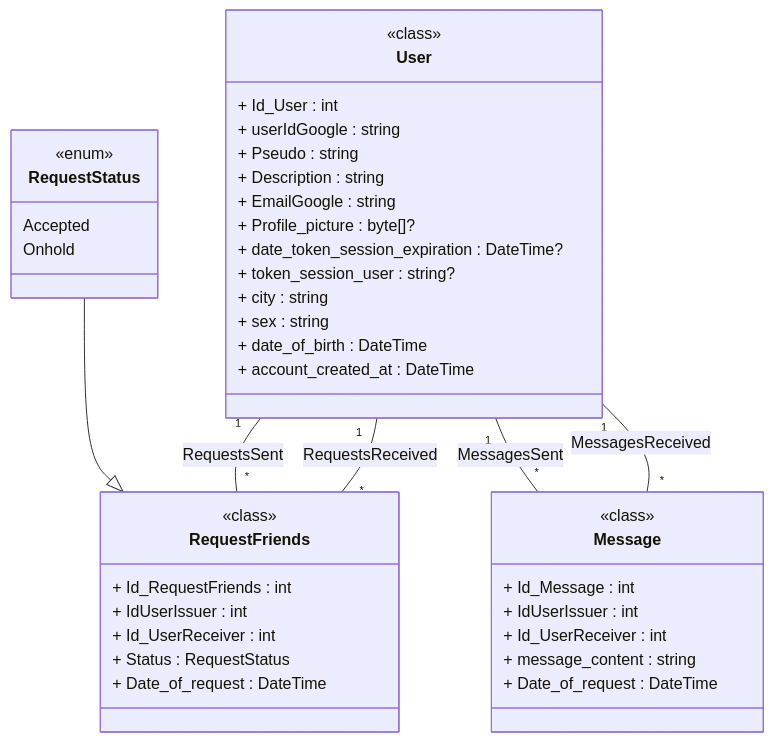
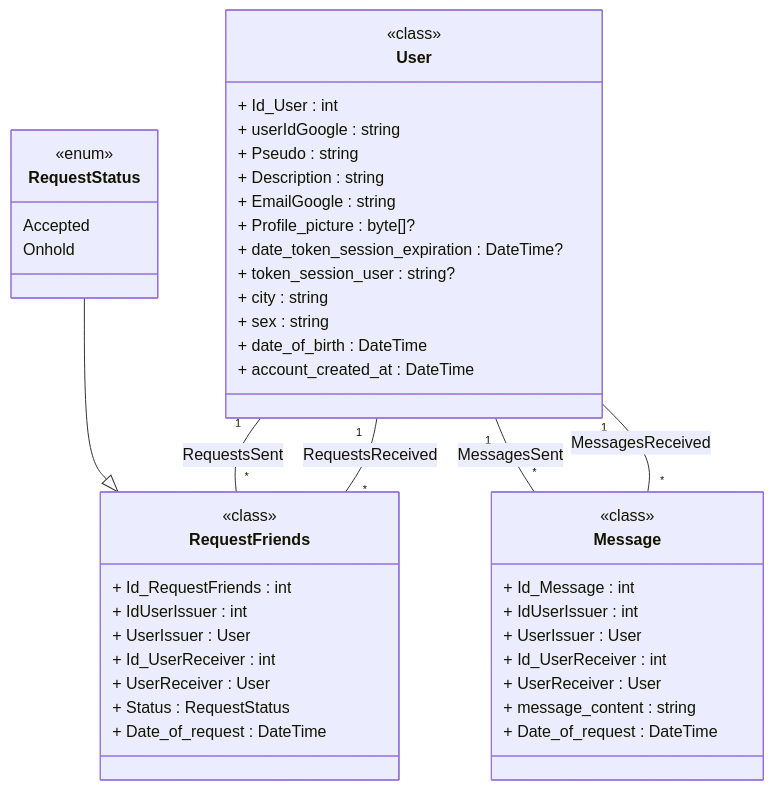
Before and after one commit to AmourConnect/AmourConnect-server: the diagram in README.md, drawn with Mermaid.

Commit message:
edit UML

````diff
--- a/README.md
+++ b/README.md
@@ -18,49 +18,53 @@
 ```mermaid
 classDiagram
 
 class User {
   <<class>>
     + Id_User : int
     + userIdGoogle : string
     + Pseudo : string
     + Description : string
     + EmailGoogle : string
     + Profile_picture : byte[]?
     + date_token_session_expiration : DateTime?
     + token_session_user : string?
     + city : string
     + sex : string
     + date_of_birth : DateTime
     + account_created_at : DateTime
 }
 
 class RequestFriends {
   <<class>>
     + Id_RequestFriends : int
     + IdUserIssuer : int
+    + UserIssuer : User
     + Id_UserReceiver : int
+    + UserReceiver : User
     + Status : RequestStatus
     + Date_of_request : DateTime
 }
 
 class RequestStatus {
   <<enum>>
     Accepted
     Onhold
 }
 
 class Message {
   <<class>>
     + Id_Message : int
     + IdUserIssuer : int
+    + UserIssuer : User
     + Id_UserReceiver : int
+    + UserReceiver : User
     + message_content : string
     + Date_of_request : DateTime
 }
 
 RequestStatus --|> RequestFriends
 User "1" -- "*" RequestFriends : RequestsSent
 User "1" -- "*" RequestFriends : RequestsReceived
 User "1" -- "*" Message : MessagesSent
 User "1" -- "*" Message : MessagesReceived
 ```
````
